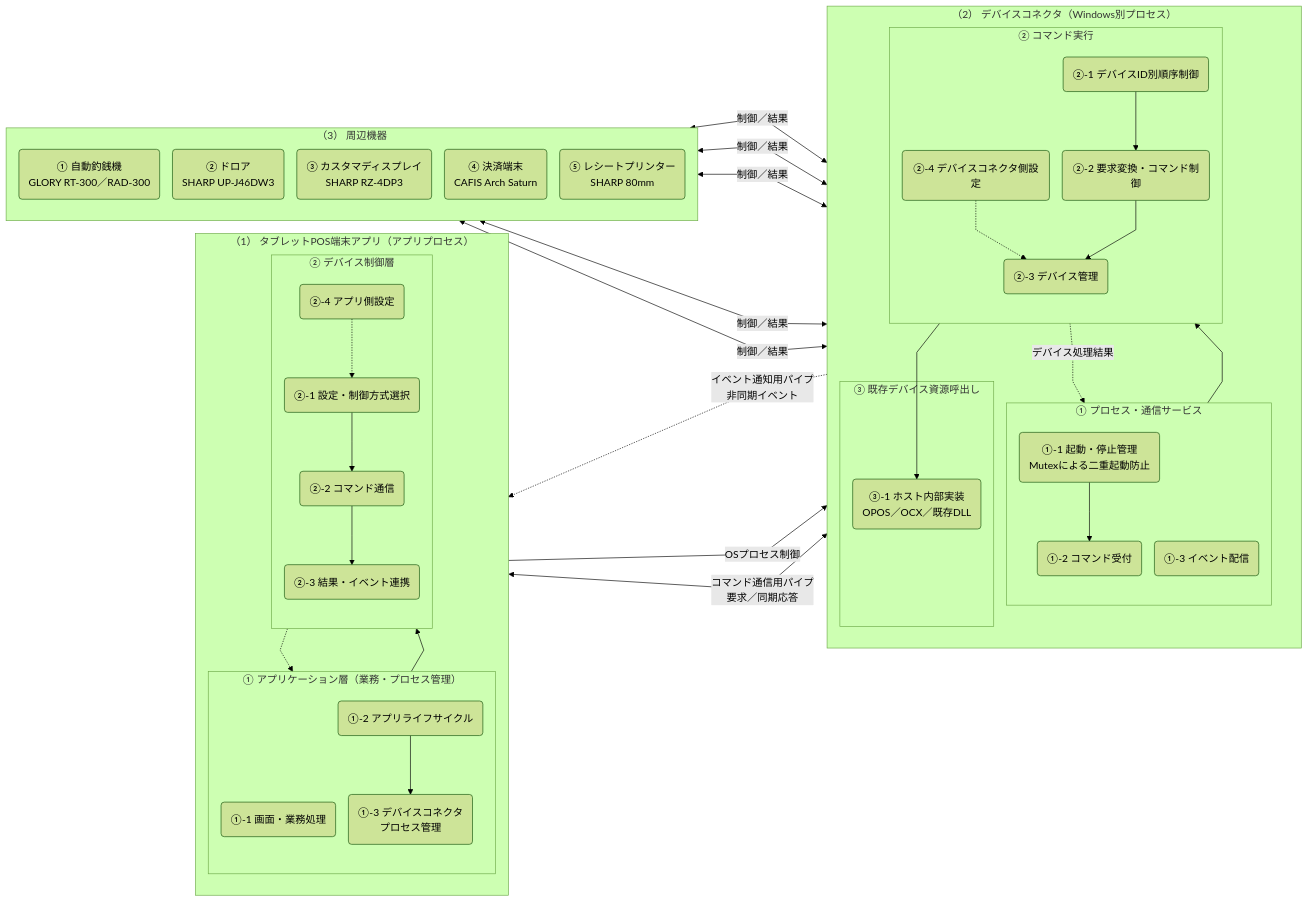
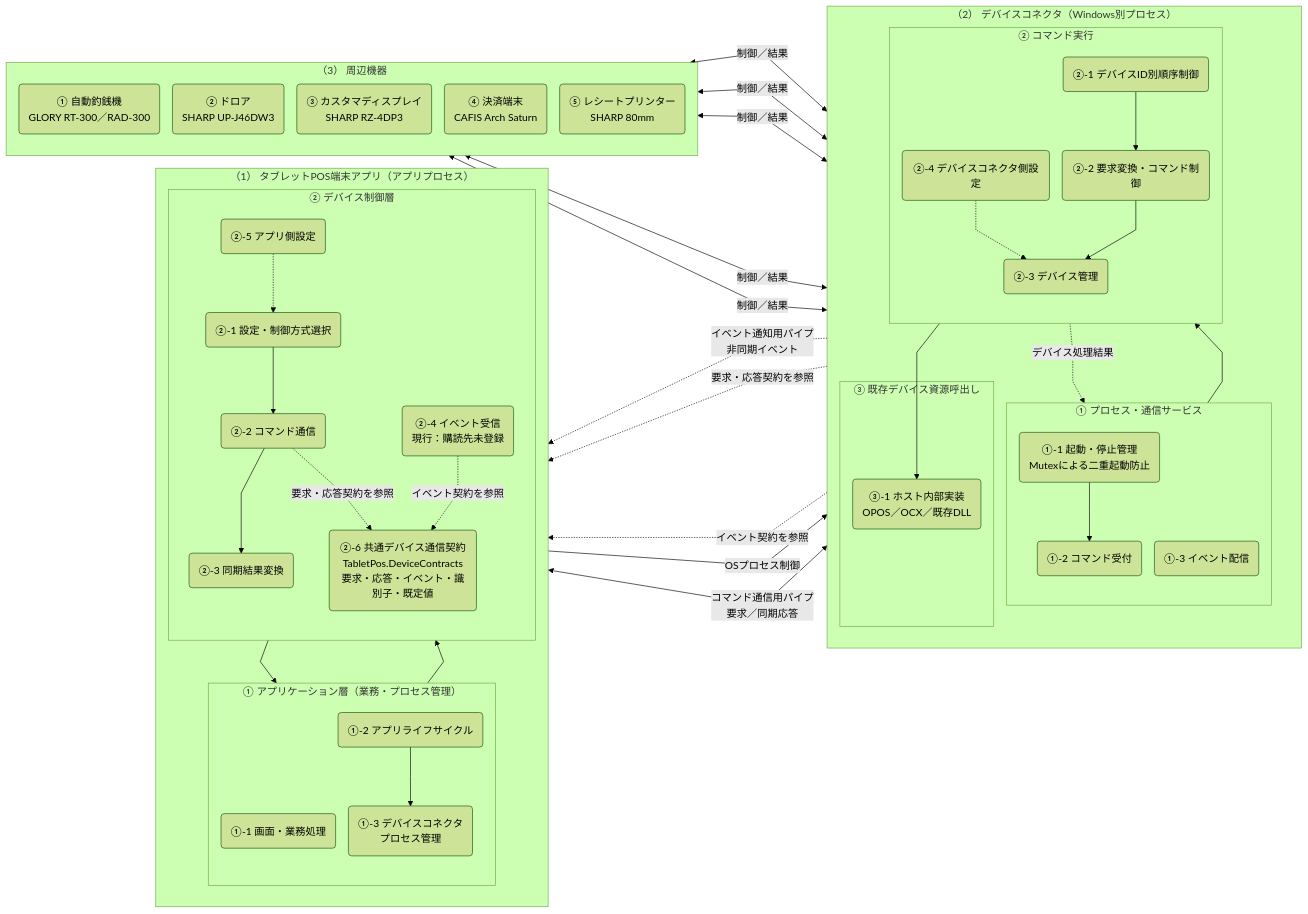
One commit to vti-sam/smj-ks-pos-stored changed the second of 3 diagrams in artifacts/reports/architecture/ARCH-HOST-01_タブレットPOS_デバイスコネクタ基本設計書/ARCH-HOST-01_タブレットPOS_デバイスコネクタ基本設計書.md. Above: the diagram before and after it, drawn with Mermaid (forest theme). The commit also changed other lines of this file and 131 other files, not shown here.

````diff
--- a/artifacts/reports/architecture/ARCH-HOST-01_タブレットPOS_デバイスコネクタ基本設計書/ARCH-HOST-01_タブレットPOS_デバイスコネクタ基本設計書.md
+++ b/artifacts/reports/architecture/ARCH-HOST-01_タブレットPOS_デバイスコネクタ基本設計書/ARCH-HOST-01_タブレットPOS_デバイスコネクタ基本設計書.md
@@ -288,17 +293,20 @@
     %% legend-bind class.component=角丸ブロック
     %% legend-bind edge.default=━━▶ 主処理
     %% legend-bind edge.1=┈┈▶ 設定参照
-    %% legend-bind edge.5=┄┄▶ 非同期イベント
     %% legend-bind edge.7=┈┈▶ 設定参照
     %% legend-bind edge.12=┄┄▶ 非同期イベント
     %% legend-bind edge.13=━━▶ ライフサイクル
     %% legend-bind edge.14=◀━━▶ コマンド通信
     %% legend-bind edge.15=┄┄▶ 非同期イベント
-    %% legend-bind edge.16=◀━━▶ 実機制御
-    %% legend-bind edge.17=◀━━▶ 実機制御
-    %% legend-bind edge.18=◀━━▶ 実機制御
-    %% legend-bind edge.19=◀━━▶ 実機制御
+    %% legend-bind edge.16=┈┈▶ 設定参照
+    %% legend-bind edge.17=┈┈▶ 設定参照
+    %% legend-bind edge.18=┈┈▶ 設定参照
+    %% legend-bind edge.19=┈┈▶ 設定参照
     %% legend-bind edge.20=◀━━▶ 実機制御
+    %% legend-bind edge.21=◀━━▶ 実機制御
+    %% legend-bind edge.22=◀━━▶ 実機制御
+    %% legend-bind edge.23=◀━━▶ 実機制御
+    %% legend-bind edge.24=◀━━▶ 実機制御
     %% legend-bind label=コネクターラベル
     subgraph APP["（1） タブレットPOS端末アプリ（アプリプロセス）"]
         direction TB
@@ -313,13 +321,15 @@
             direction TB
             SELECT("②-1 設定・制御方式選択")
             COMMAND("②-2 コマンド通信")
-            RESULT("②-3 結果・イベント連携")
-            APP_SETTING("②-4 アプリ側設定")
+            SYNC_RESULT("②-3 同期結果変換")
+            EVENT_RX("②-4 イベント受信<br/>現行：購読先未登録")
+            APP_SETTING("②-5 アプリ側設定")
+            CONTRACT("②-6 共通デバイス通信契約<br/>TabletPos.DeviceContracts<br/>要求・応答・イベント・識別子・既定値")
             APP_SETTING -.-> SELECT
-            SELECT --> COMMAND --> RESULT
+            SELECT --> COMMAND --> SYNC_RESULT
         end
         BUSINESS --> SELECT
-        RESULT -.-> BUSINESS
+        SYNC_RESULT --> BUSINESS
     end
 
     subgraph HOST["（2） デバイスコネクタ（Windows別プロセス）"]
@@ -359,12 +369,16 @@
 
     PROCESS -->|OSプロセス制御| RUNTIME
     COMMAND <-->|コマンド通信用パイプ<br/>要求／同期応答| SERVER
-    EVENT -.->|イベント通知用パイプ<br/>非同期イベント| RESULT
+    EVENT -.->|イベント通知用パイプ<br/>非同期イベント| EVENT_RX
+    COMMAND -.->|要求・応答契約を参照| CONTRACT
+    EVENT_RX -.->|イベント契約を参照| CONTRACT
+    SERVER -.->|要求・応答契約を参照| CONTRACT
+    EVENT -.->|イベント契約を参照| CONTRACT
     ADAPTER <-->|制御／結果| CASH
     ADAPTER <-->|制御／結果| DRAWER
     ADAPTER <-->|制御／結果| DISPLAY
     ADAPTER <-->|制御／結果| PAYMENT
     ADAPTER <-->|制御／結果| PRINTER
 
-    class BUSINESS,LIFECYCLE,PROCESS,APP_SETTING,SELECT,COMMAND,RESULT,RUNTIME,SERVER,EVENT,HOST_SETTING,ORDER,CONTROL,MANAGER,ADAPTER,CASH,DRAWER,DISPLAY,PAYMENT,PRINTER component
+    class BUSINESS,LIFECYCLE,PROCESS,APP_SETTING,SELECT,COMMAND,SYNC_RESULT,EVENT_RX,RUNTIME,SERVER,EVENT,HOST_SETTING,ORDER,CONTROL,MANAGER,ADAPTER,CONTRACT,CASH,DRAWER,DISPLAY,PAYMENT,PRINTER component
 ```
````
